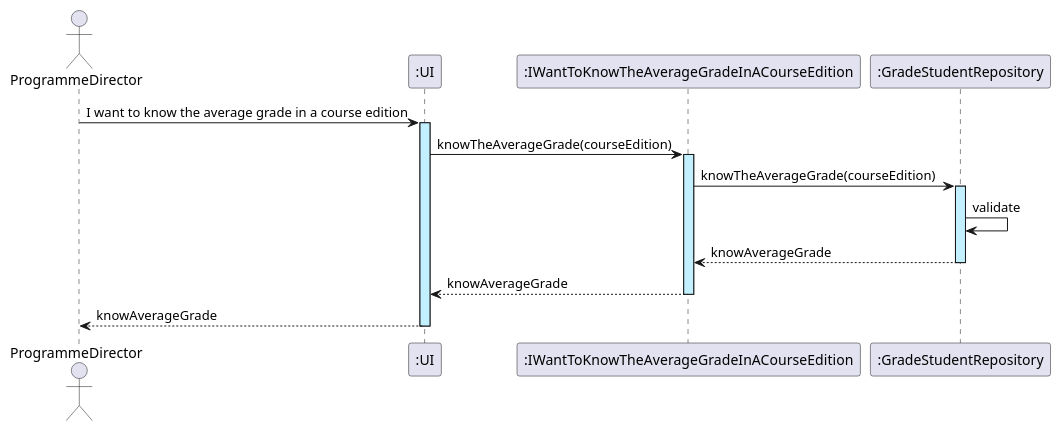
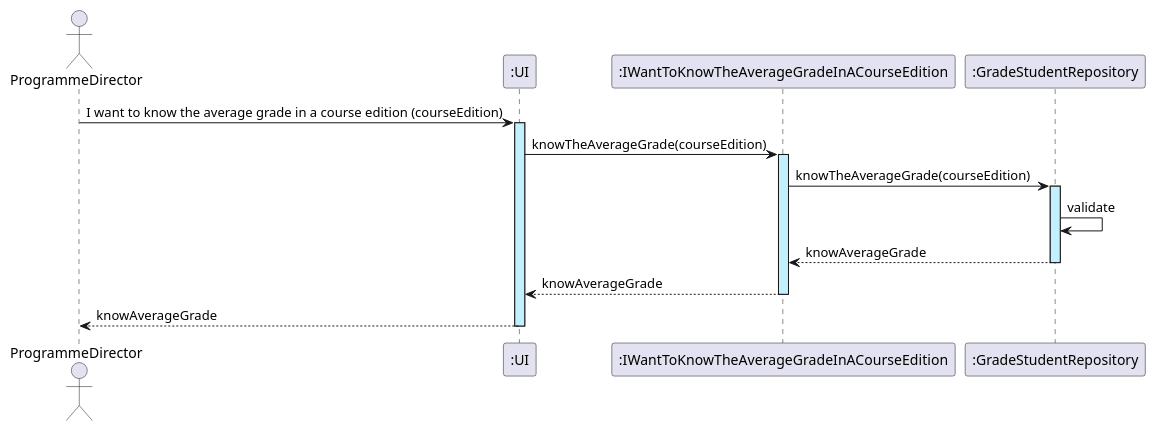
Before and after one commit to GasparISEP/DevOps-PAI: the diagram in docs/sequenceSystemDiagrams/US25/US25_knowTheAverageGradeInACourseEdition.puml, drawn with PlantUML. The commit also changed 1 other file, not shown here.

Commit message:
US23 - Added new diagram sequence. US25 - Change diagram sequence.

```diff
--- a/docs/sequenceSystemDiagrams/US25/US25_knowTheAverageGradeInACourseEdition.puml
+++ b/docs/sequenceSystemDiagrams/US25/US25_knowTheAverageGradeInACourseEdition.puml
@@ -1,17 +1,17 @@
 @startuml
 actor ProgrammeDirector
 participant ":UI" as UI
 participant ":IWantToKnowTheAverageGradeInACourseEdition" as KA
 participant ":GradeStudentRepository" as GR
 
 
-ProgrammeDirector -> UI ++ #application : I want to know the average grade in a course edition
+ProgrammeDirector -> UI ++ #application : I want to know the average grade in a course edition (courseEdition)
 UI -> KA ++ #application : knowTheAverageGrade(courseEdition)
 KA -> GR ++ #application : knowTheAverageGrade(courseEdition)
 GR -> GR :validate
 
 GR --> KA --: knowAverageGrade
 KA --> UI --: knowAverageGrade
 UI --> ProgrammeDirector --: knowAverageGrade
 
 @enduml
```
